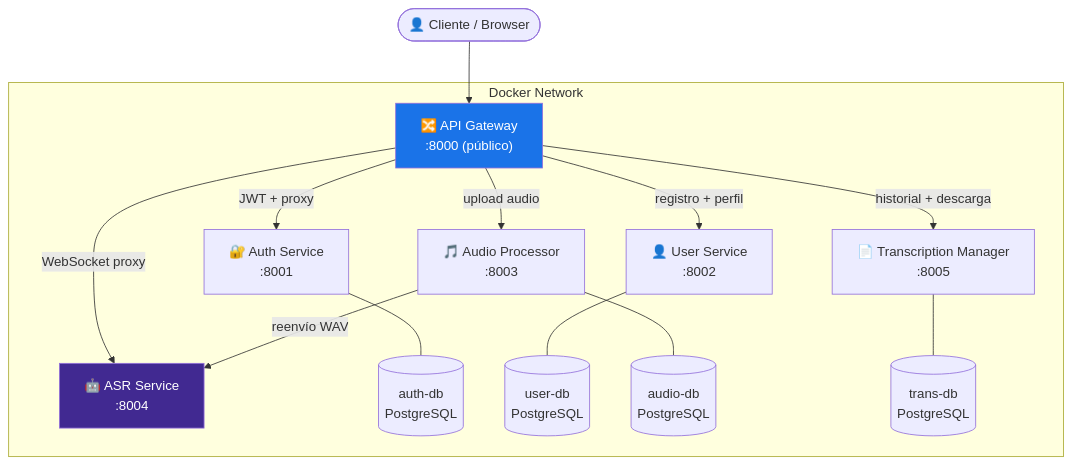
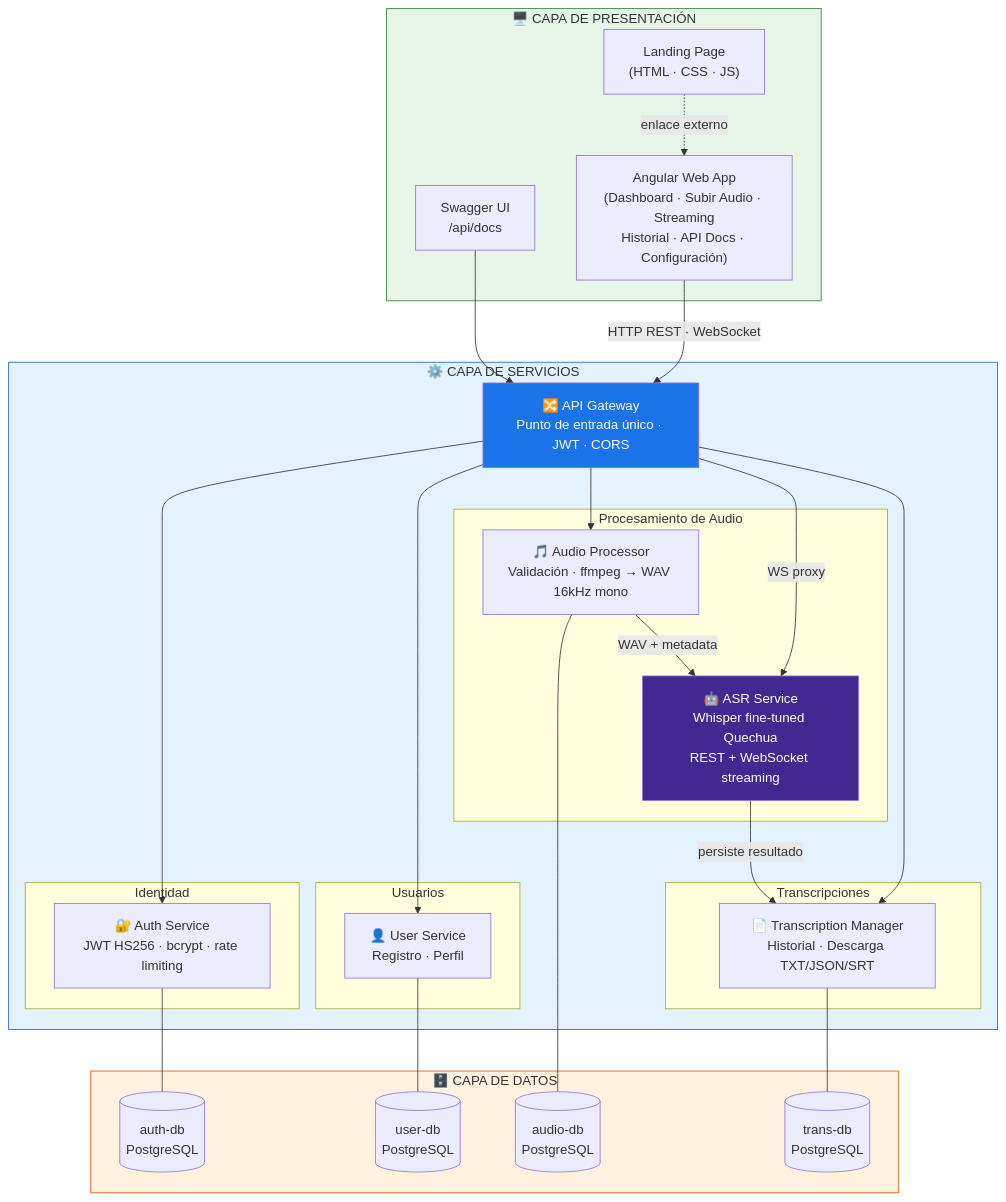
One commit to tp1-tp2/Backend changed the first of 2 diagrams in README.md. Above: the diagram before and after it, drawn with Mermaid. The commit also changed other lines of this file and 3 other files, not shown here.

````diff
--- a/README.md
+++ b/README.md
@@ -16,24 +18,59 @@
 ```mermaid
 graph TD
-    Client(["👤 Cliente / Browser"]) --> GW
+    subgraph PRESENTACION["🖥️ CAPA DE PRESENTACIÓN"]
+        WEB["Angular Web App<br/>(Dashboard · Subir Audio · Streaming<br/>Historial · API Docs · Configuración)"]
+        SWAGGER["Swagger UI<br/>/api/docs"]
+        LANDING["Landing Page<br/>(HTML · CSS · JS)"]
+    end
 
-    subgraph Docker Network
-        GW["🔀 API Gateway<br/>:8000 (público)"]
+    subgraph SERVICIOS["⚙️ CAPA DE SERVICIOS"]
+        GW["🔀 API Gateway<br/>Punto de entrada único · JWT · CORS"]
 
-        GW -->|JWT + proxy| Auth["🔐 Auth Service<br/>:8001"]
-        GW -->|registro + perfil| User["👤 User Service<br/>:8002"]
-        GW -->|upload audio| Audio["🎵 Audio Processor<br/>:8003"]
-        GW -->|historial + descarga| Trans["📄 Transcription Manager<br/>:8005"]
-        GW -->|WebSocket proxy| ASR["🤖 ASR Service<br/>:8004"]
+        subgraph AUTH_GROUP["Identidad"]
+            AUTH["🔐 Auth Service<br/>JWT HS256 · bcrypt · rate limiting"]
+        end
 
-        Audio -->|reenvío WAV| ASR
+        subgraph USER_GROUP["Usuarios"]
+            USER["👤 User Service<br/>Registro · Perfil"]
+        end
 
-        Auth --- AuthDB[("auth-db\nPostgreSQL")]
-        User --- UserDB[("user-db\nPostgreSQL")]
-        Audio --- AudioDB[("audio-db\nPostgreSQL")]
-        Trans --- TransDB[("trans-db\nPostgreSQL")]
+        subgraph AUDIO_GROUP["Procesamiento de Audio"]
+            AUDIO["🎵 Audio Processor<br/>Validación · ffmpeg → WAV 16kHz mono"]
+            ASR["🤖 ASR Service<br/>Whisper fine-tuned Quechua<br/>REST + WebSocket streaming"]
+        end
+
+        subgraph TRANS_GROUP["Transcripciones"]
+            TRANS["📄 Transcription Manager<br/>Historial · Descarga TXT/JSON/SRT"]
+        end
     end
+
+    subgraph DATOS["🗄️ CAPA DE DATOS"]
+        DB1[("auth-db\nPostgreSQL")]
+        DB2[("user-db\nPostgreSQL")]
+        DB3[("audio-db\nPostgreSQL")]
+        DB4[("trans-db\nPostgreSQL")]
+    end
+
+    WEB -->|HTTP REST · WebSocket| GW
+    SWAGGER --> GW
+    LANDING -.->|enlace externo| WEB
+
+    GW --> AUTH
+    GW --> USER
+    GW --> AUDIO
+    GW --> TRANS
+    GW -->|WS proxy| ASR
+    AUDIO -->|WAV + metadata| ASR
+    ASR -->|persiste resultado| TRANS
+
+    AUTH --- DB1
+    USER --- DB2
+    AUDIO --- DB3
+    TRANS --- DB4
 
     style GW fill:#1a73e8,color:#fff
     style ASR fill:#412991,color:#fff
+    style PRESENTACION fill:#e8f5e9,stroke:#2e7d32
+    style SERVICIOS fill:#e3f2fd,stroke:#1565c0
+    style DATOS fill:#fff3e0,stroke:#e65100
 ```
````
